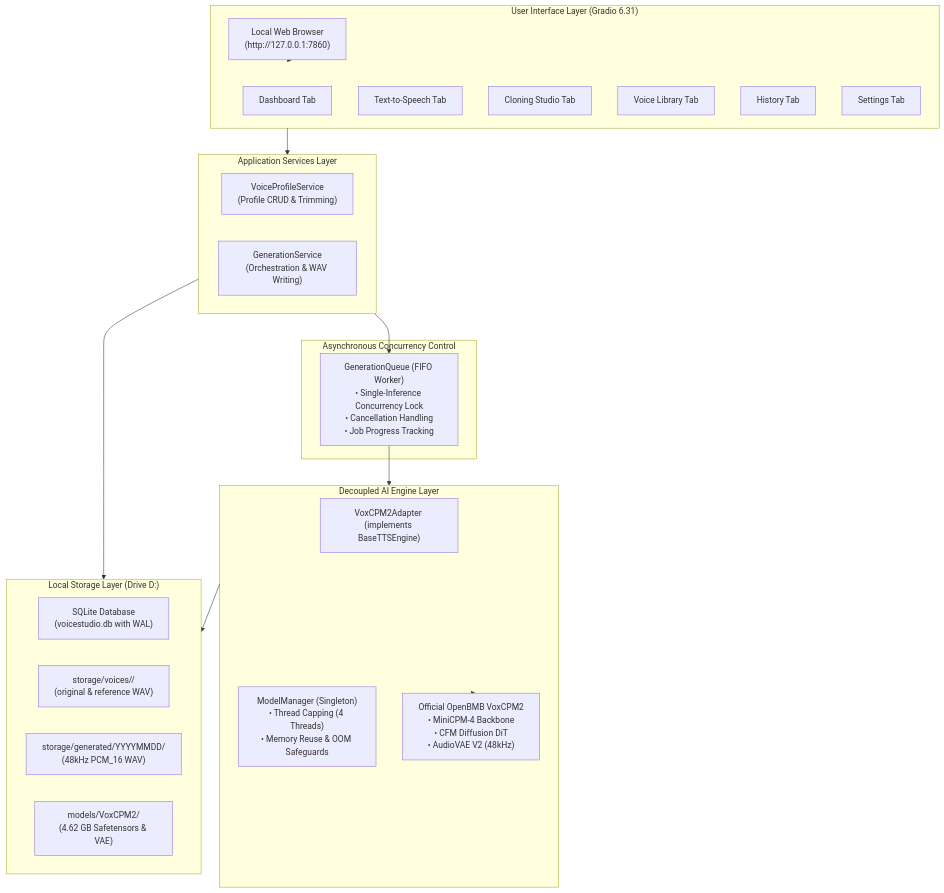
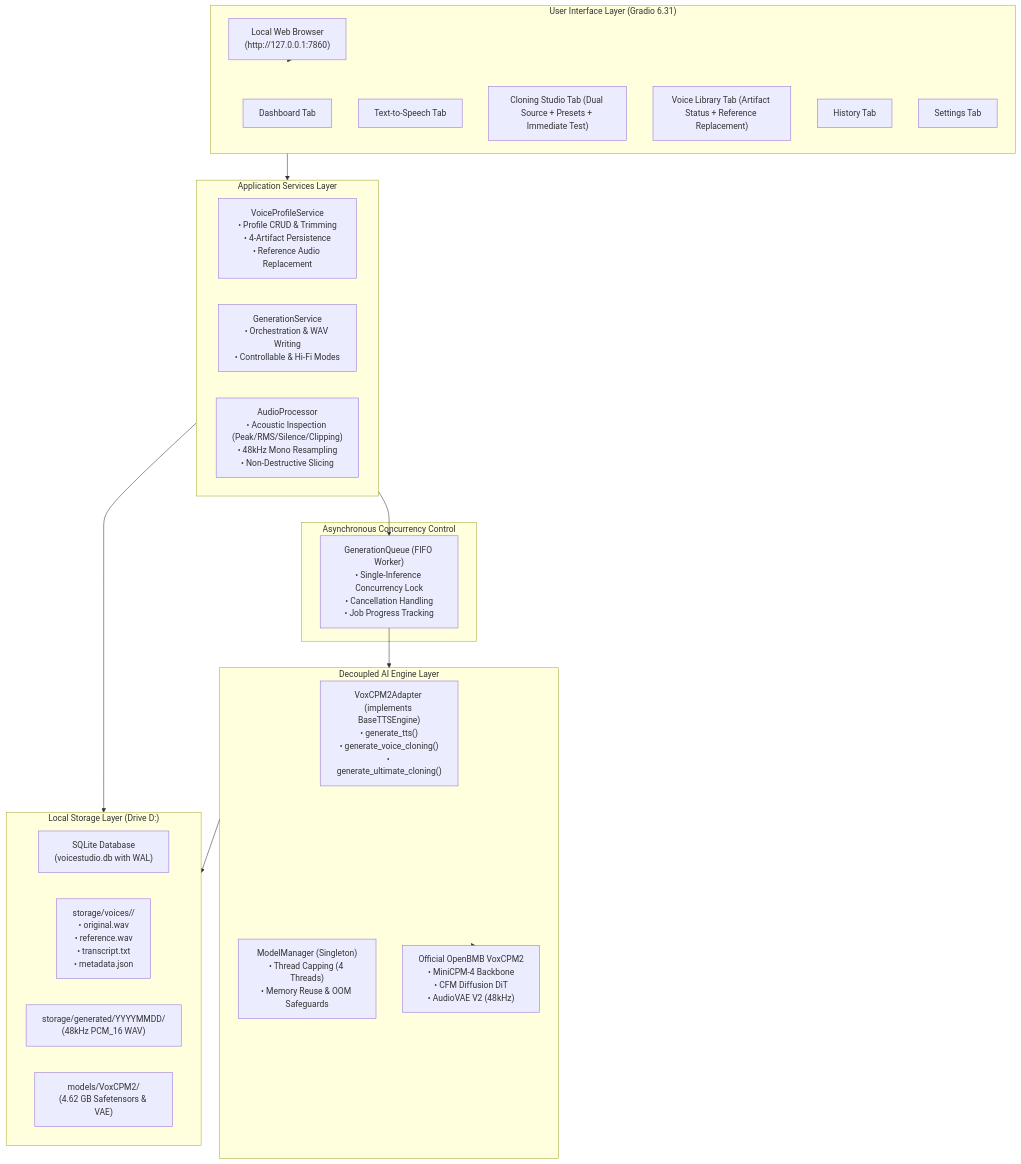
One commit to rak190/Rak-s-TTS changed the diagram in docs/ARCHITECTURE.md. Above: the diagram before and after it, drawn with Mermaid. The commit also changed other lines of this file, not shown here.

Commit message:
docs: update system architecture to v0.3.0 for Stage 3 Voice Cloning Studio

````diff
--- a/docs/ARCHITECTURE.md
+++ b/docs/ARCHITECTURE.md
@@ -12,42 +12,43 @@
 ```mermaid
 flowchart TD
     subgraph UI_Layer["User Interface Layer (Gradio 6.31)"]
         Browser["Local Web Browser<br>(http://127.0.0.1:7860)"]
         DashTab["Dashboard Tab"]
         TTSTab["Text-to-Speech Tab"]
-        CloneTab["Cloning Studio Tab"]
-        LibTab["Voice Library Tab"]
+        CloneTab["Cloning Studio Tab (Dual Source + Presets + Immediate Test)"]
+        LibTab["Voice Library Tab (Artifact Status + Reference Replacement)"]
         HistTab["History Tab"]
         SetTab["Settings Tab"]
     end
 
     subgraph Service_Layer["Application Services Layer"]
-        VoiceSvc["VoiceProfileService<br>(Profile CRUD & Trimming)"]
-        GenSvc["GenerationService<br>(Orchestration & WAV Writing)"]
+        VoiceSvc["VoiceProfileService<br>• Profile CRUD & Trimming<br>• 4-Artifact Persistence<br>• Reference Audio Replacement"]
+        GenSvc["GenerationService<br>• Orchestration & WAV Writing<br>• Controllable & Hi-Fi Modes"]
+        AudioProc["AudioProcessor<br>• Acoustic Inspection (Peak/RMS/Silence/Clipping)<br>• 48kHz Mono Resampling<br>• Non-Destructive Slicing"]
     end
 
     subgraph Queue_Layer["Asynchronous Concurrency Control"]
         GenQueue["GenerationQueue (FIFO Worker)<br>• Single-Inference Concurrency Lock<br>• Cancellation Handling<br>• Job Progress Tracking"]
     end
 
     subgraph Engine_Layer["Decoupled AI Engine Layer"]
-        Adapter["VoxCPM2Adapter (implements BaseTTSEngine)"]
+        Adapter["VoxCPM2Adapter (implements BaseTTSEngine)<br>• generate_tts()<br>• generate_voice_cloning()<br>• generate_ultimate_cloning()"]
         ModelMgr["ModelManager (Singleton)<br>• Thread Capping (4 Threads)<br>• Memory Reuse & OOM Safeguards"]
         VoxCPM["Official OpenBMB VoxCPM2<br>• MiniCPM-4 Backbone<br>• CFM Diffusion DiT<br>• AudioVAE V2 (48kHz)"]
     end
 
     subgraph Storage_Layer["Local Storage Layer (Drive D:)"]
         SQLite["SQLite Database<br>(voicestudio.db with WAL)"]
-        VoiceDir["storage/voices/<id>/<br>(original & reference WAV)"]
+        VoiceDir["storage/voices/<id>/<br>• original.wav<br>• reference.wav<br>• transcript.txt<br>• metadata.json"]
         GenDir["storage/generated/YYYYMMDD/<br>(48kHz PCM_16 WAV)"]
         ModelDir["models/VoxCPM2/<br>(4.62 GB Safetensors & VAE)"]
     end
 
     Browser --> UI_Layer
     UI_Layer --> Service_Layer
     Service_Layer --> GenQueue
     GenQueue --> Engine_Layer
     Engine_Layer --> VoxCPM
     Service_Layer --> Storage_Layer
     Engine_Layer --> Storage_Layer
 ```
````
